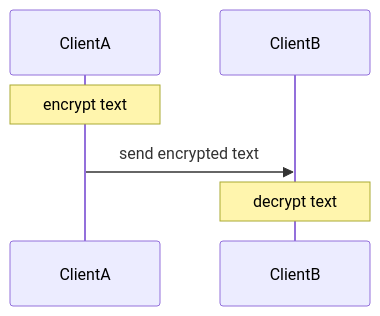
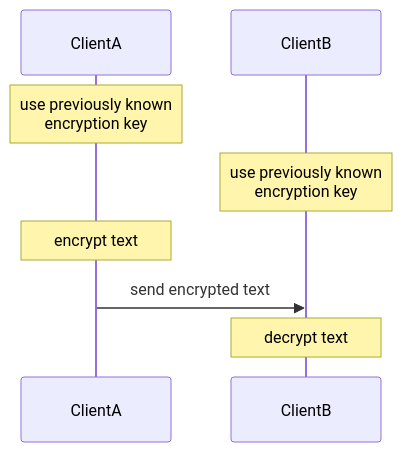
The third of 6 diagrams in README.md (GuillaumeBouchetEpitech/wasm-cryptopp-as-module), drawn with Mermaid before and after one commit. The commit also changed other lines of this file and 3 other files, not shown here.

````diff
--- a/README.md
+++ b/README.md
@@ -128,6 +153,8 @@
 ```mermaid
 sequenceDiagram
+    Note over ClientA: use previously known<br>encryption key
+    Note over ClientB: use previously known<br>encryption key
     Note over ClientA: encrypt text
     ClientA->>ClientB: send encrypted text
     Note over ClientB: decrypt text
 ```
````
